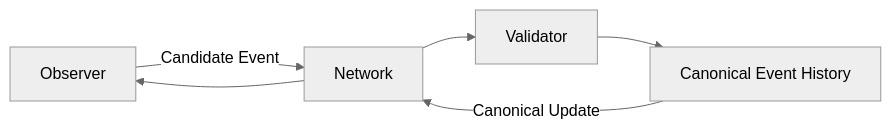
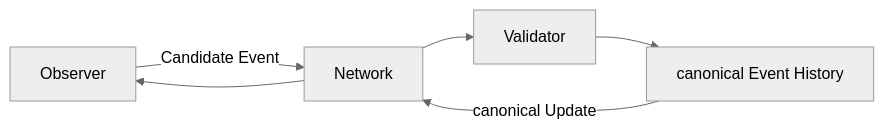
The second of 2 diagrams in implementation/minimal_validator/CrypSA_Minimal_Validator_v0.1.md (godofthunder101/crypsa-architecture), drawn with Mermaid (neutral theme) before and after one commit. The commit also changed other lines of this file, not shown here.

````diff
--- a/implementation/minimal_validator/CrypSA_Minimal_Validator_v0.1.md
+++ b/implementation/minimal_validator/CrypSA_Minimal_Validator_v0.1.md
@@ -96,10 +96,10 @@
 ```mermaid
 flowchart LR
 
 A[Observer] -->|Candidate Event| B[Network]
 B --> C[Validator]
 
-C --> D[Canonical Event History]
-D -->|Canonical Update| B
+C --> D[canonical Event History]
+D -->|canonical Update| B
 B --> A
 ```
````
